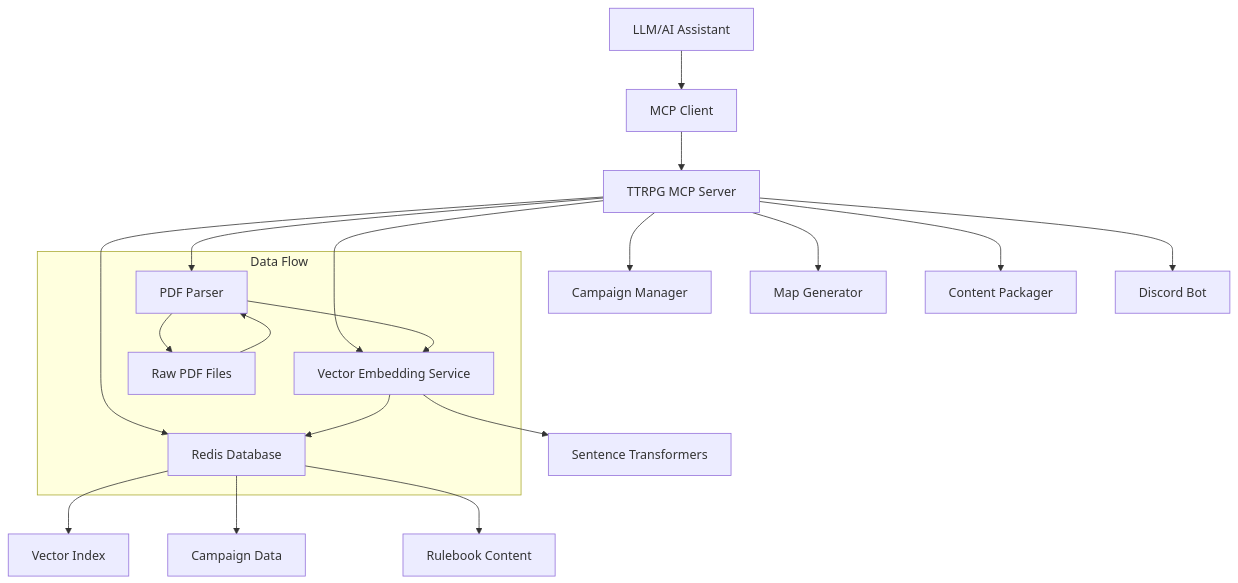
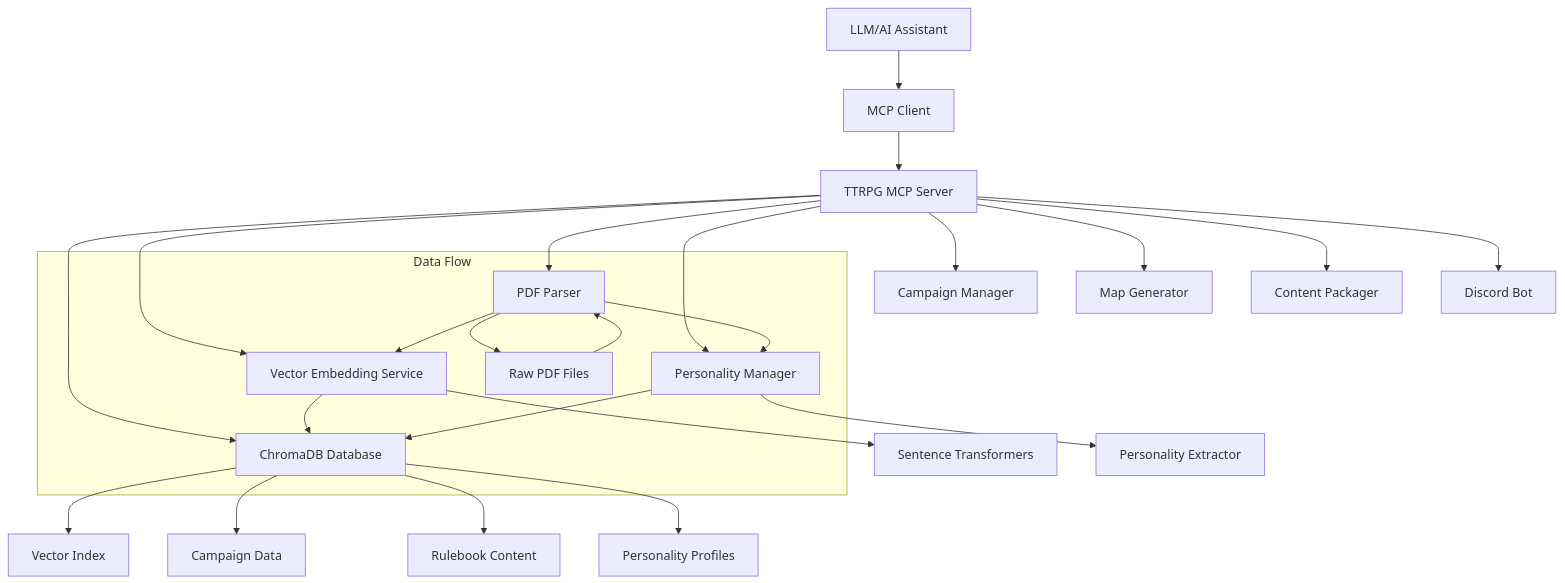
Before and after one commit to Raudbjorn/mcp-dm-gemini: the diagram in design.md, drawn with Mermaid. The commit also changed other lines of this file and 25 other files, not shown here.

````diff
--- a/design.md
+++ b/design.md
@@ -11,24 +11,29 @@
 ```mermaid
 graph TB
     A[LLM/AI Assistant] --> B[MCP Client]
     B --> C[TTRPG MCP Server]
     C --> D[PDF Parser]
     C --> E[Vector Embedding Service]
-    C --> F[Redis Database]
+    C --> F[ChromaDB Database]
     C --> G[Campaign Manager]
     C --> M[Map Generator]
     C --> N[Content Packager]
     C --> O[Discord Bot]
+    C --> P[Personality Manager]
     
     D --> H[Raw PDF Files]
     E --> I[Sentence Transformers]
     F --> J[Vector Index]
     F --> K[Campaign Data]
     F --> L[Rulebook Content]
+    F --> Q[Personality Profiles]
+    P --> R[Personality Extractor]
     
     subgraph "Data Flow"
         H --> D
         D --> E
+        D --> P
         E --> F
+        P --> F
     end
 ```
````
